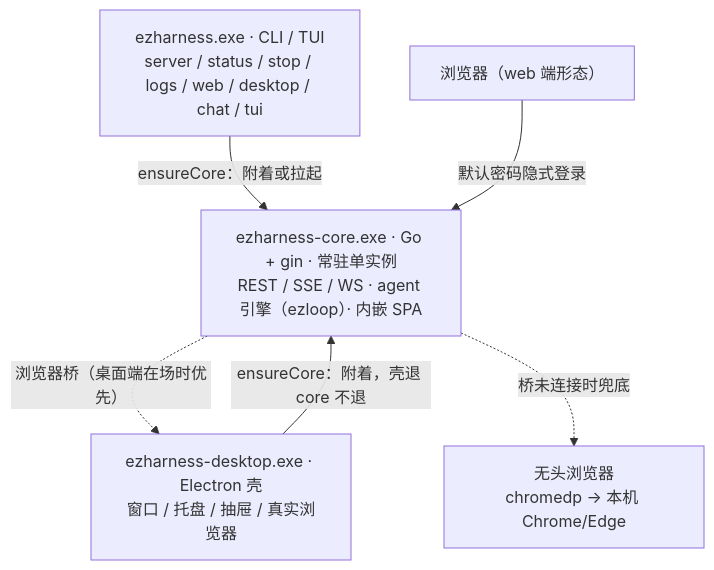
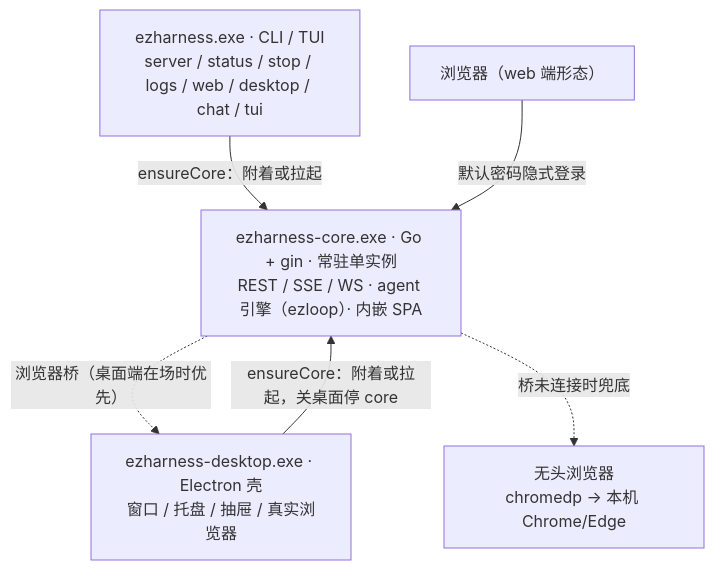
The diagram in README.md (xuanlv2002/ezharness), drawn with Mermaid before and after one commit. The commit also changed other lines of this file and 5 other files, not shown here.

````diff
--- a/README.md
+++ b/README.md
@@ -92,13 +92,13 @@
 ```mermaid
 flowchart TB
     CLI["ezharness.exe · CLI / TUI<br/>server / status / stop / logs / web / desktop / chat / tui"]
     DESK["ezharness-desktop.exe · Electron 壳<br/>窗口 / 托盘 / 抽屉 / 真实浏览器"]
     WEB["浏览器（web 端形态）"]
     CORE["ezharness-core.exe · Go + gin · 常驻单实例<br/>REST / SSE / WS · agent 引擎（ezloop）· 内嵌 SPA"]
     HE["无头浏览器<br/>chromedp → 本机 Chrome/Edge"]
     CLI -- "ensureCore：附着或拉起" --> CORE
-    DESK -- "ensureCore：附着，壳退 core 不退" --> CORE
+    DESK -- "ensureCore：附着或拉起，关桌面停 core" --> CORE
     WEB -- "默认密码隐式登录" --> CORE
     CORE -. "浏览器桥（桌面端在场时优先）" .-> DESK
     CORE -. "桥未连接时兜底" .-> HE
 ```
````
